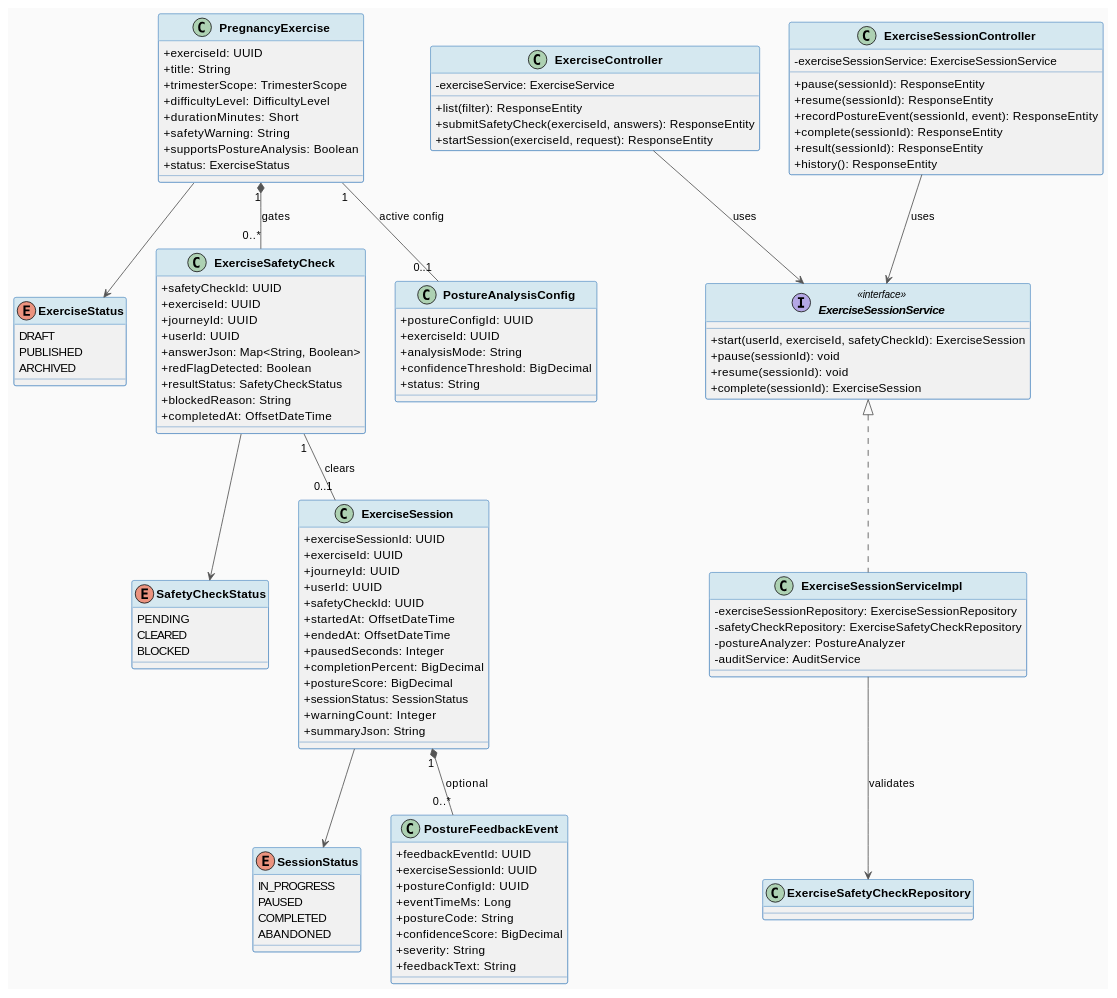
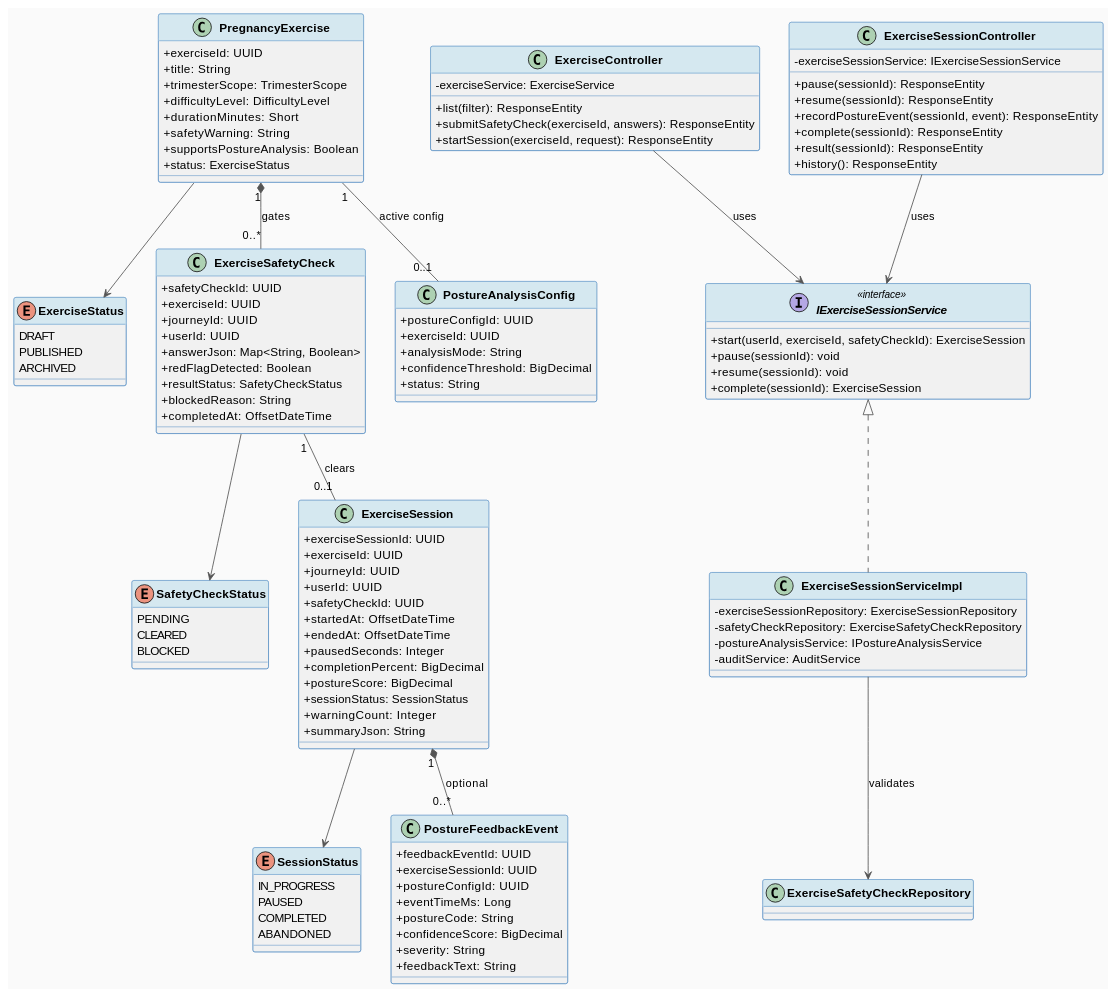
One commit to ChuongBDHE172784/CareBridge_SEP490_G79 changed the first of 2 diagrams in docs/Detailed_Design/MF02_Mother_Care_Journey/03_Pregnancy_Exercise_Session_Safety.md. Above: the diagram before and after it, drawn with PlantUML. The commit also changed other lines of this file and 97 other files, not shown here.

Commit message:
docs: update detailed design documentation with new diagrams and restructured module files.

```diff
--- a/docs/Detailed_Design/MF02_Mother_Care_Journey/03_Pregnancy_Exercise_Session_Safety.md
+++ b/docs/Detailed_Design/MF02_Mother_Care_Journey/03_Pregnancy_Exercise_Session_Safety.md
@@ -117,7 +117,7 @@
 }
 
 class ExerciseSessionController {
-  - exerciseSessionService: ExerciseSessionService
+  - exerciseSessionService: IExerciseSessionService
   + pause(sessionId): ResponseEntity
   + resume(sessionId): ResponseEntity
   + recordPostureEvent(sessionId, event): ResponseEntity
@@ -126,17 +126,17 @@
   + history(): ResponseEntity
 }
 
-interface ExerciseSessionService <<interface>> {
+interface IExerciseSessionService <<interface>> {
   + start(userId, exerciseId, safetyCheckId): ExerciseSession
   + pause(sessionId): void
   + resume(sessionId): void
   + complete(sessionId): ExerciseSession
 }
 
-class ExerciseSessionServiceImpl implements ExerciseSessionService {
+class ExerciseSessionServiceImpl implements IExerciseSessionService {
   - exerciseSessionRepository: ExerciseSessionRepository
   - safetyCheckRepository: ExerciseSafetyCheckRepository
-  - postureAnalyzer: PostureAnalyzer
+  - postureAnalysisService: IPostureAnalysisService
   - auditService: AuditService
 }
 
@@ -147,8 +147,8 @@
 ExerciseSession --> SessionStatus
 ExerciseSession "1" *-- "0..*" PostureFeedbackEvent : optional
 PregnancyExercise "1" -- "0..1" PostureAnalysisConfig : active config
-ExerciseController --> ExerciseSessionService : uses
-ExerciseSessionController --> ExerciseSessionService : uses
+ExerciseController --> IExerciseSessionService : uses
+ExerciseSessionController --> IExerciseSessionService : uses
 ExerciseSessionServiceImpl --> ExerciseSafetyCheckRepository : validates
 
 @enduml
```
